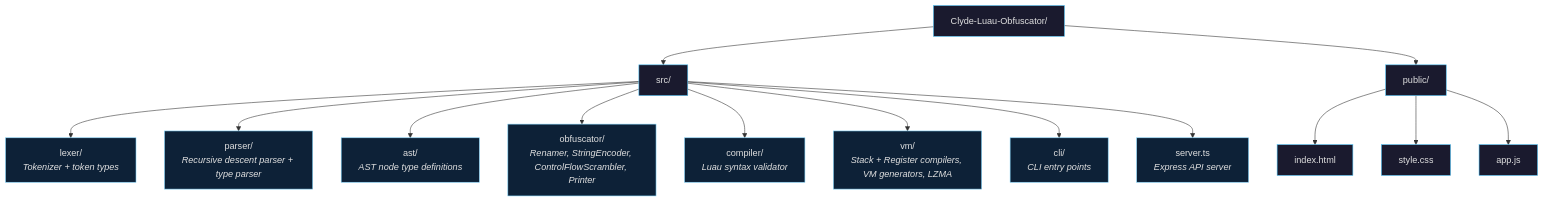
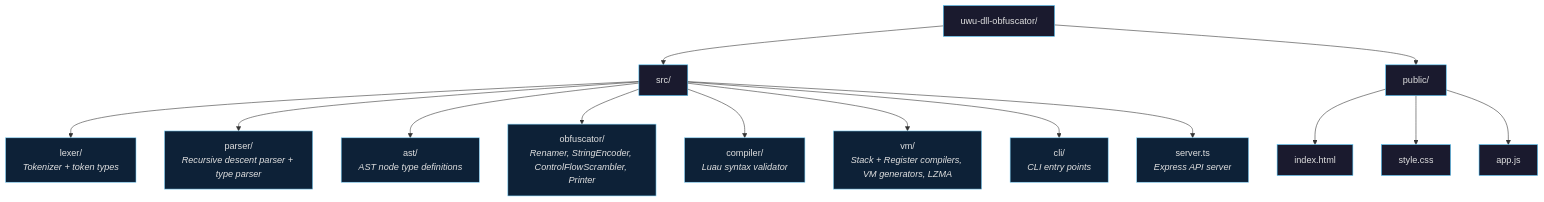
The fourth of 4 diagrams in clyde/README.md (ykvaz07-stack/luau.uwu), drawn with Mermaid before and after one commit. The commit also changed other lines of this file and 111 other files, not shown here.

Commit message:
Complete uwu.dll rebrand: ArrayScrambler, CRC-8 integrity, CF-flattener upgrade, split-trace VM, scanner bait, triple nesting, metamorphic mutation

````diff
--- a/clyde/README.md
+++ b/clyde/README.md
@@ -127,33 +127,33 @@
 ```mermaid
 graph TD
-    ROOT["Clyde-Luau-Obfuscator/"] --> SRC["src/"]
+    ROOT["uwu-dll-obfuscator/"] --> SRC["src/"]
     ROOT --> PUB["public/"]
     
     SRC --> LEX["lexer/<br/><i>Tokenizer + token types</i>"]
     SRC --> PAR["parser/<br/><i>Recursive descent parser + type parser</i>"]
     SRC --> AST2["ast/<br/><i>AST node type definitions</i>"]
     SRC --> OBF["obfuscator/<br/><i>Renamer, StringEncoder, ControlFlowScrambler, Printer</i>"]
     SRC --> CMP["compiler/<br/><i>Luau syntax validator</i>"]
     SRC --> VM["vm/<br/><i>Stack + Register compilers, VM generators, LZMA</i>"]
     SRC --> CLI["cli/<br/><i>CLI entry points</i>"]
     SRC --> SRV["server.ts<br/><i>Express API server</i>"]
     
     PUB --> HTML["index.html"]
     PUB --> CSS["style.css"]
     PUB --> JS["app.js"]
 
     style ROOT fill:#1a1a2e,stroke:#4fc3f7,color:#e0e0e0
     style SRC fill:#1a1a2e,stroke:#4fc3f7,color:#e0e0e0
     style PUB fill:#1a1a2e,stroke:#4fc3f7,color:#e0e0e0
     style LEX fill:#0d2137,stroke:#81d4fa,color:#e0e0e0
     style PAR fill:#0d2137,stroke:#81d4fa,color:#e0e0e0
     style AST2 fill:#0d2137,stroke:#81d4fa,color:#e0e0e0
     style OBF fill:#0d2137,stroke:#81d4fa,color:#e0e0e0
     style CMP fill:#0d2137,stroke:#81d4fa,color:#e0e0e0
     style VM fill:#0d2137,stroke:#81d4fa,color:#e0e0e0
     style CLI fill:#0d2137,stroke:#81d4fa,color:#e0e0e0
     style SRV fill:#0d2137,stroke:#81d4fa,color:#e0e0e0
     style HTML fill:#1a1a2e,stroke:#4fc3f7,color:#e0e0e0
     style CSS fill:#1a1a2e,stroke:#4fc3f7,color:#e0e0e0
     style JS fill:#1a1a2e,stroke:#4fc3f7,color:#e0e0e0
 ```
````
